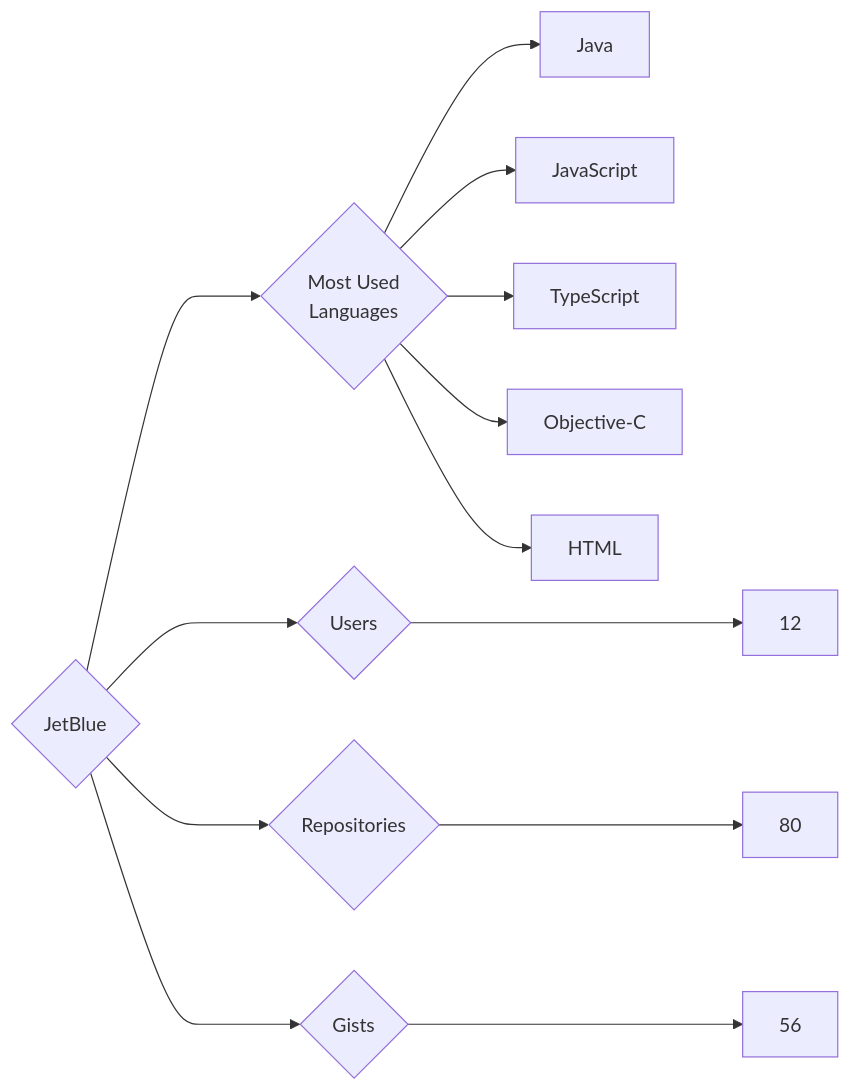
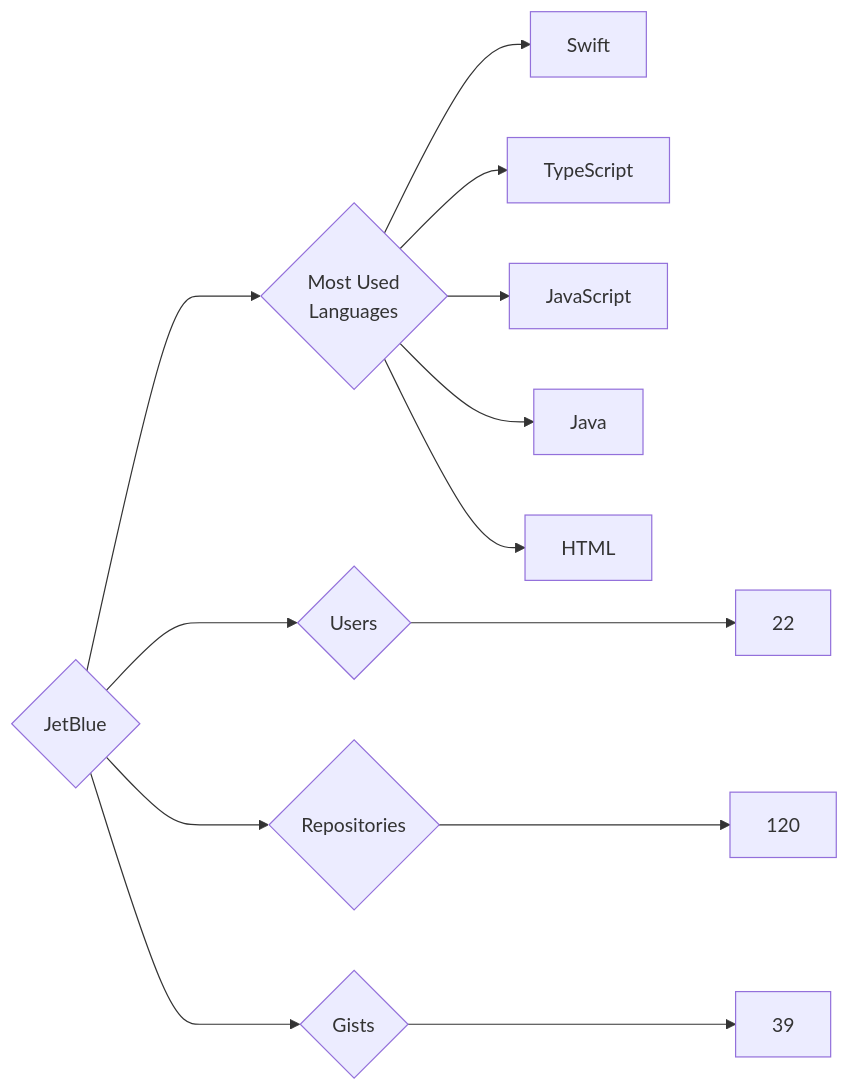
One commit to trickest/insiders changed the diagram in targets/JetBlue/README.md. Above: the diagram before and after it, drawn with Mermaid. The commit also changed 814 other files, not shown here.

````diff
--- a/targets/JetBlue/README.md
+++ b/targets/JetBlue/README.md
@@ -3,13 +3,13 @@
 ```mermaid
 graph LR
 COMPANY_NAME{JetBlue}
-COMPANY_NAME ---> U{Users} ---> UN[12]
-COMPANY_NAME ---> R{Repositories} ---> RN[80]
-COMPANY_NAME ---> G{Gists} ---> GN[56]
+COMPANY_NAME ---> U{Users} ---> UN[22]
+COMPANY_NAME ---> R{Repositories} ---> RN[120]
+COMPANY_NAME ---> G{Gists} ---> GN[39]
 COMPANY_NAME ---> ML{Most Used<br>Languages}
+ML --> Swift[Swift]
+ML --> TypeScript[TypeScript]
+ML --> JavaScript[JavaScript]
 ML --> Java[Java]
-ML --> JavaScript[JavaScript]
-ML --> TypeScript[TypeScript]
-ML --> Objective-C[Objective-C]
 ML --> HTML[HTML]
 ```
````
